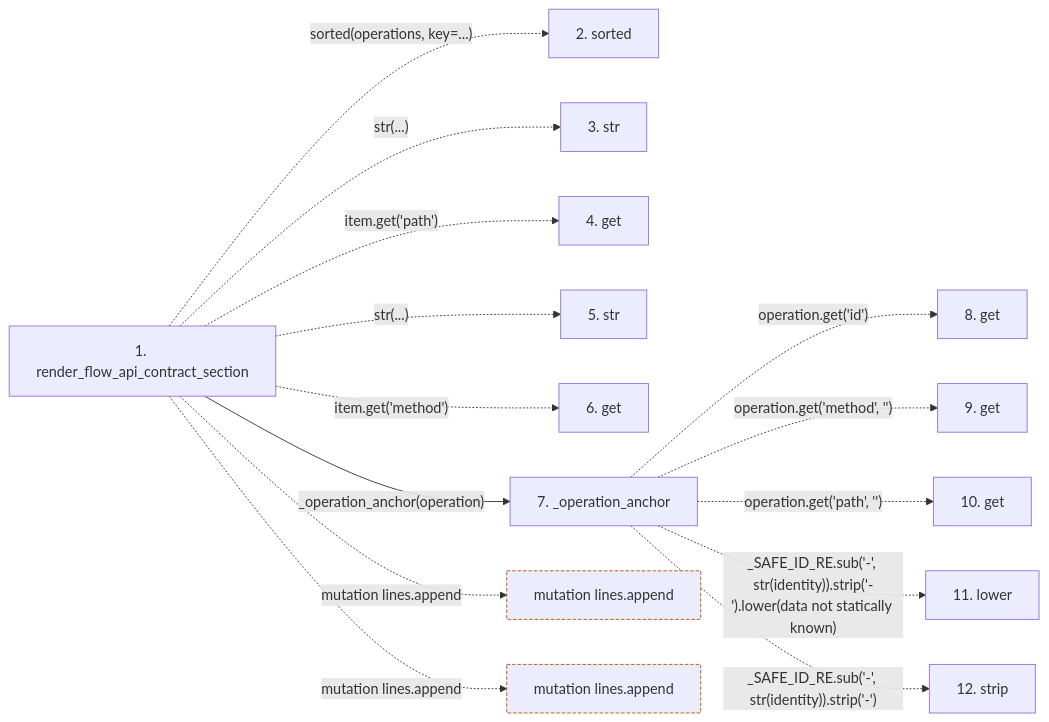
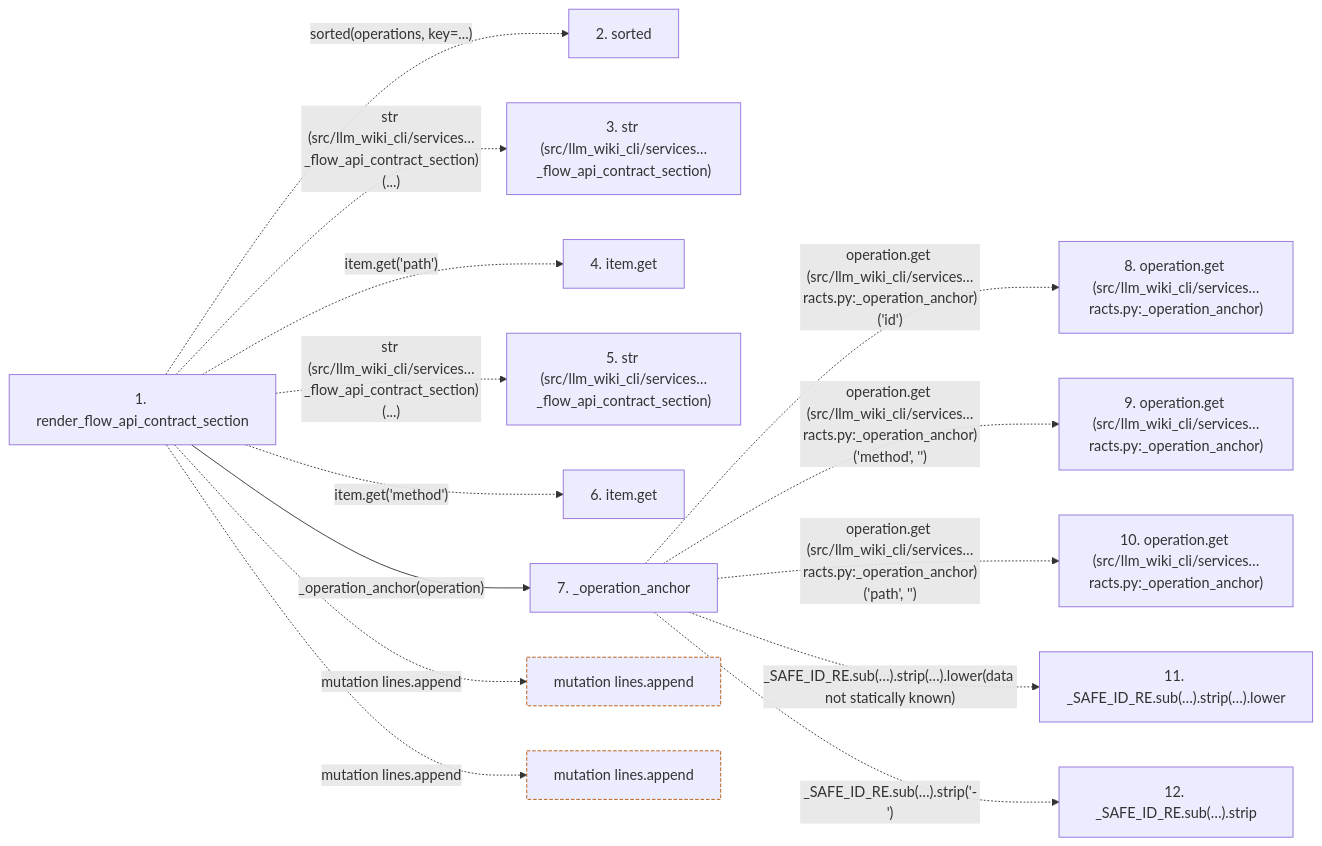
One commit to Denissvgn/python-wiki-llm changed the second of 2 diagrams in docs/llm_wiki/flows/api-render_flow_api_contract_section.md. Above: the diagram before and after it, drawn with Mermaid. The commit also changed other lines of this file and 719 other files, not shown here.

````diff
--- a/docs/llm_wiki/flows/api-render_flow_api_contract_section.md
+++ b/docs/llm_wiki/flows/api-render_flow_api_contract_section.md
@@ -62,35 +67,35 @@
 ```mermaid
 flowchart LR
     s1["1. render_flow_api_contract_section"]
     s2["2. sorted"]
-    s3["3. str"]
-    s4["4. get"]
-    s5["5. str"]
-    s6["6. get"]
+    s3["3. str (src/llm_wiki_cli/services…_flow_api_contract_section)"]
+    s4["4. item.get"]
+    s5["5. str (src/llm_wiki_cli/services…_flow_api_contract_section)"]
+    s6["6. item.get"]
     s7["7. _operation_anchor"]
-    s8["8. get"]
-    s9["9. get"]
-    s10["10. get"]
-    s11["11. lower"]
-    s12["12. strip"]
+    s8["8. operation.get (src/llm_wiki_cli/services…racts.py:_operation_anchor)"]
+    s9["9. operation.get (src/llm_wiki_cli/services…racts.py:_operation_anchor)"]
+    s10["10. operation.get (src/llm_wiki_cli/services…racts.py:_operation_anchor)"]
+    s11["11. _SAFE_ID_RE.sub(…).strip(…).lower"]
+    s12["12. _SAFE_ID_RE.sub(…).strip"]
     s1 -. "sorted(operations, key=...)" .-> s2
-    s1 -. "str(...)" .-> s3
+    s1 -. "str (src/llm_wiki_cli/services…_flow_api_contract_section)(...)" .-> s3
     s1 -. "item.get('path')" .-> s4
-    s1 -. "str(...)" .-> s5
+    s1 -. "str (src/llm_wiki_cli/services…_flow_api_contract_section)(...)" .-> s5
     s1 -. "item.get('method')" .-> s6
     s1 -->|"_operation_anchor(operation)"| s7
-    s7 -. "operation.get('id')" .-> s8
-    s7 -. "operation.get('method', '')" .-> s9
-    s7 -. "operation.get('path', '')" .-> s10
-    s7 -. "_SAFE_ID_RE.sub('-', str(identity)).strip('-').lower(data not statically known)" .-> s11
-    s7 -. "_SAFE_ID_RE.sub('-', str(identity)).strip('-')" .-> s12
+    s7 -. "operation.get (src/llm_wiki_cli/services…racts.py:_operation_anchor)('id')" .-> s8
+    s7 -. "operation.get (src/llm_wiki_cli/services…racts.py:_operation_anchor)('method', '')" .-> s9
+    s7 -. "operation.get (src/llm_wiki_cli/services…racts.py:_operation_anchor)('path', '')" .-> s10
+    s7 -. "_SAFE_ID_RE.sub(…).strip(…).lower(data not statically known)" .-> s11
+    s7 -. "_SAFE_ID_RE.sub(…).strip('-')" .-> s12
     b0["mutation lines.append"]
     s1 -. "mutation lines.append" .-> b0
     b1["mutation lines.append"]
     s1 -. "mutation lines.append" .-> b1
     click s1 "../modules/api_contracts.md"
     click s7 "../modules/api_contracts.md"
     classDef boundary stroke:#b45309,stroke-dasharray: 4 2
     class b0 boundary
     class b1 boundary
 ```
````
